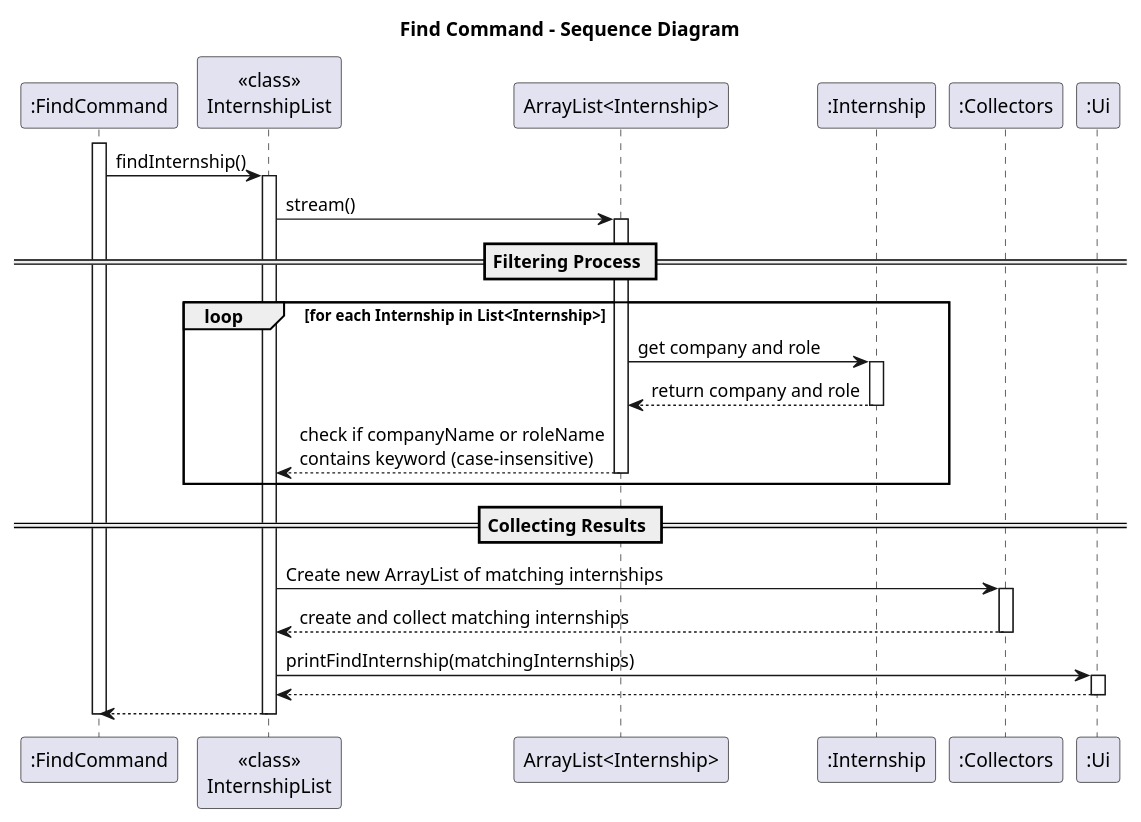
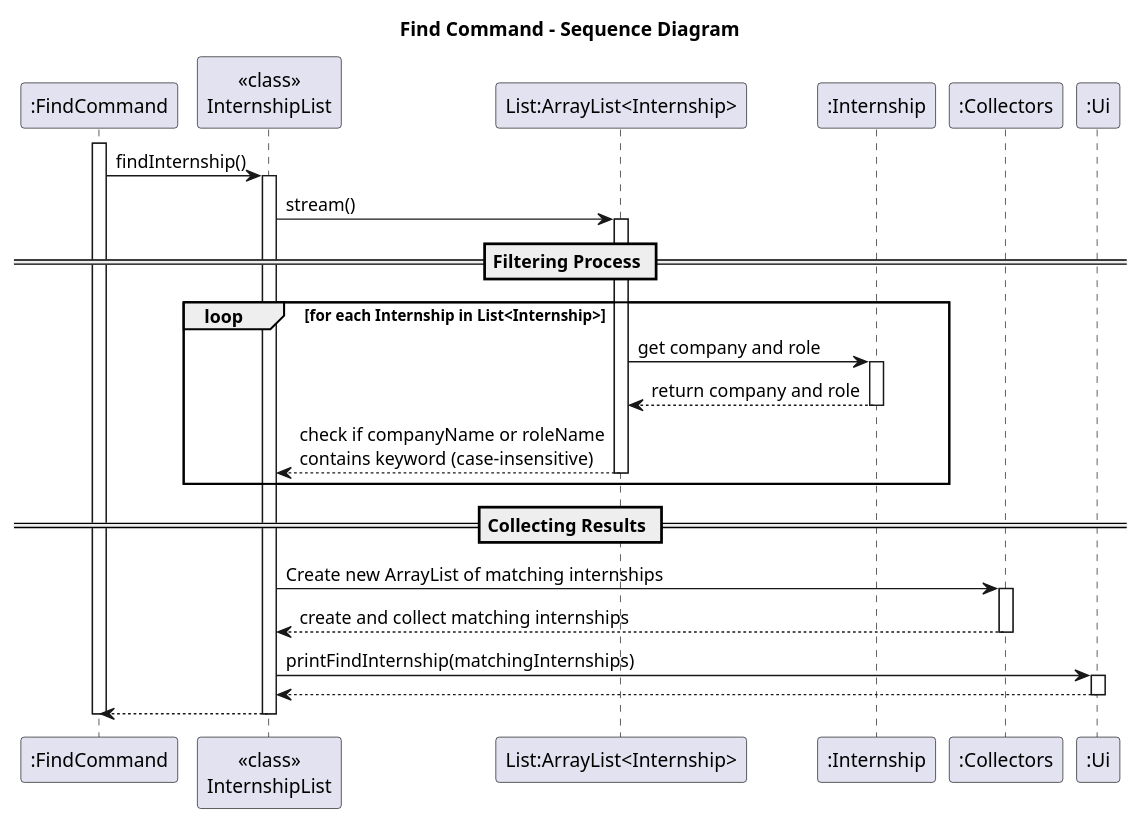
The diagram in docs/diagrams/FindCommandSD.puml (BenyAlbatross/tp), drawn with PlantUML before and after one commit. The commit also changed 1 other file, not shown here.

Commit message:
Update header name of ArrayList<Internship>

```diff
--- a/docs/diagrams/FindCommandSD.puml
+++ b/docs/diagrams/FindCommandSD.puml
@@ -1,42 +1,42 @@
 @startuml
 title Find Command - Sequence Diagram
 
 participant ":FindCommand" as FC
 participant "<<class>>\nInternshipList" as IL
-participant "ArrayList<Internship>" as LI
+participant "List:ArrayList<Internship>" as LI
 participant ":Internship" as IN
 participant ":Collectors" as CO
 participant ":Ui" as Ui
 
 activate FC
 FC -> IL: findInternship()
 activate IL
 IL -> LI: stream()
 activate LI
 
 == Filtering Process ==
 loop for each Internship in List<Internship>
     LI -> IN: get company and role
     activate IN
     IN --> LI: return company and role
     deactivate IN
     LI --> IL: check if companyName or roleName\ncontains keyword (case-insensitive)
     deactivate LI
 end
 
 == Collecting Results ==
 IL -> CO: Create new ArrayList of matching internships
 activate CO
 CO --> IL: create and collect matching internships
 deactivate CO
 
 IL -> Ui: printFindInternship(matchingInternships)
 activate Ui
 Ui --> IL
 deactivate Ui
 
 IL --> FC
 deactivate IL
 deactivate FC
 
 @enduml
```
